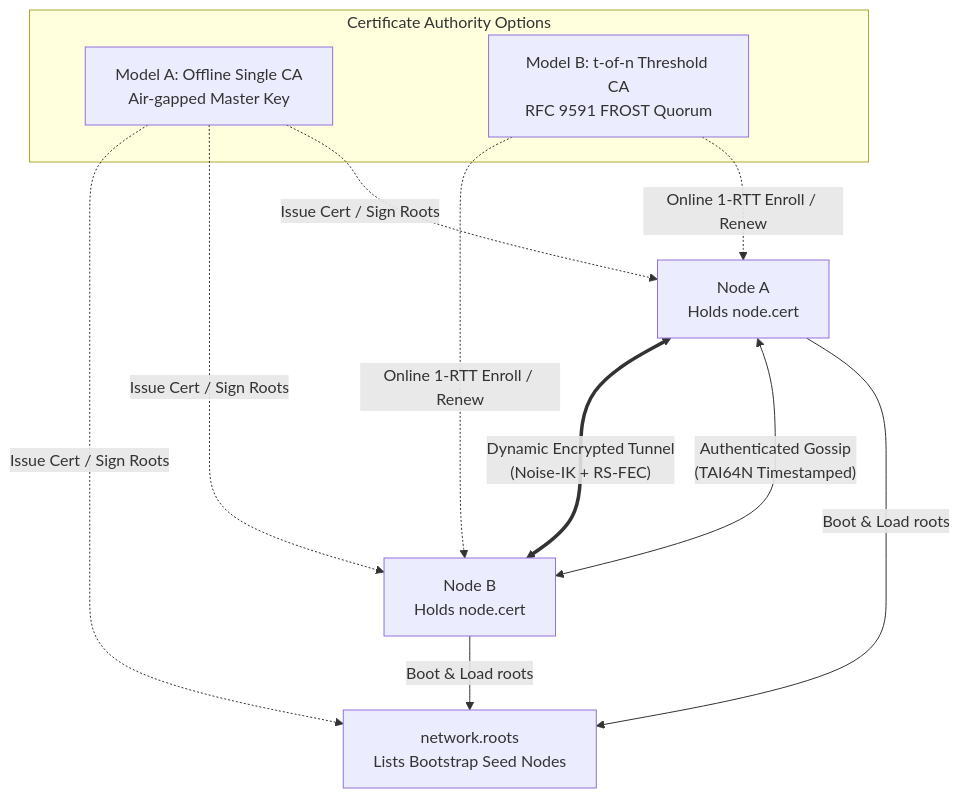
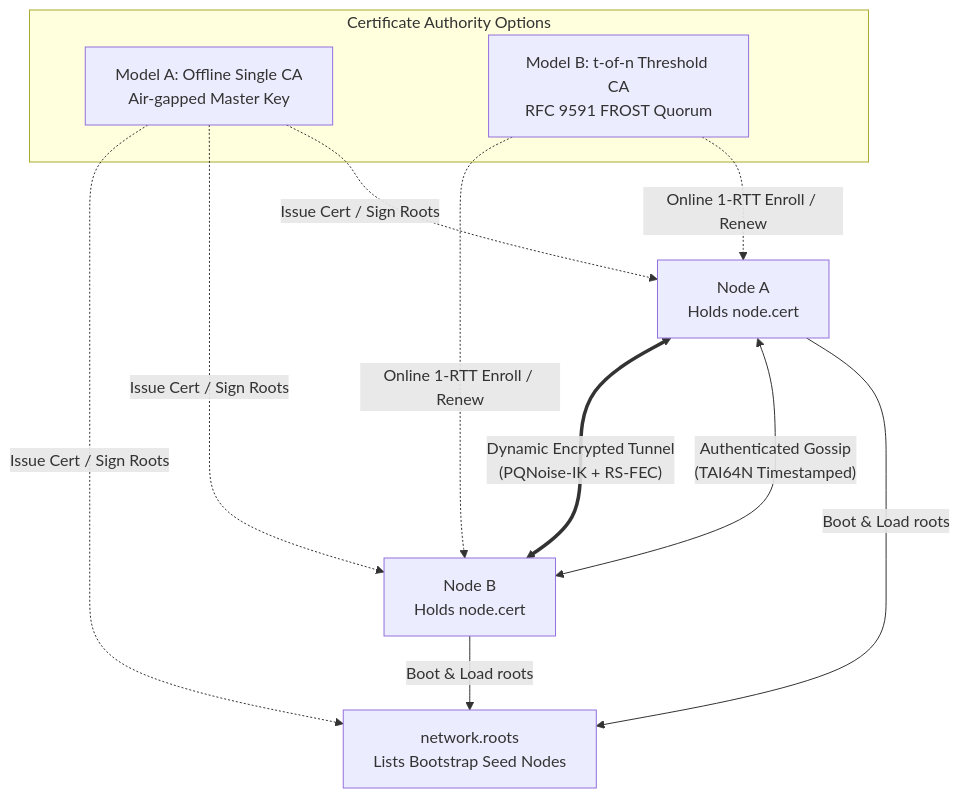
Before and after one commit to femboyisp/yip: the diagram in docs/01-getting-started.md, drawn with Mermaid. The commit also changed other lines of this file and 16 other files, not shown here.

````diff
--- a/docs/01-getting-started.md
+++ b/docs/01-getting-started.md
@@ -557,20 +557,20 @@
 ```mermaid
 flowchart TD
     subgraph Quorum ["Certificate Authority Options"]
         OfflineCA["Model A: Offline Single CA<br/>Air-gapped Master Key"]
         ThresholdCA["Model B: t-of-n Threshold CA<br/>RFC 9591 FROST Quorum"]
     end
 
     NodeA["Node A<br/>Holds node.cert"]
     NodeB["Node B<br/>Holds node.cert"]
     Roots["network.roots<br/>Lists Bootstrap Seed Nodes"]
 
     OfflineCA -.->|"Issue Cert / Sign Roots"| NodeA & NodeB & Roots
     ThresholdCA -.->|"Online 1-RTT Enroll / Renew"| NodeA & NodeB
 
     NodeA -- "Boot & Load roots" --> Roots
     NodeB -- "Boot & Load roots" --> Roots
 
     NodeA <-->|"Authenticated Gossip<br/>(TAI64N Timestamped)"| NodeB
-    NodeA <===>|"Dynamic Encrypted Tunnel<br/>(Noise-IK + RS-FEC)"| NodeB
+    NodeA <===>|"Dynamic Encrypted Tunnel<br/>(PQNoise-IK + RS-FEC)"| NodeB
 ```
````
